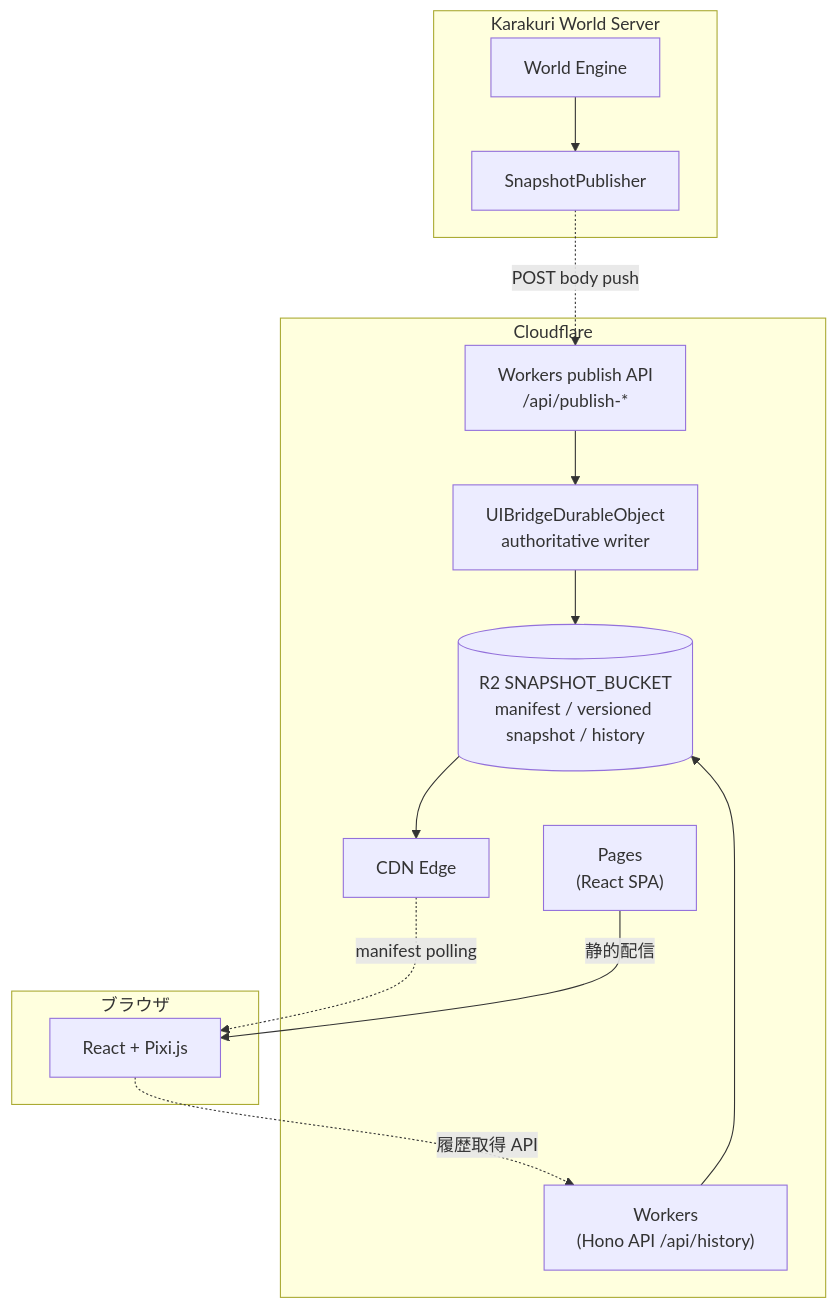
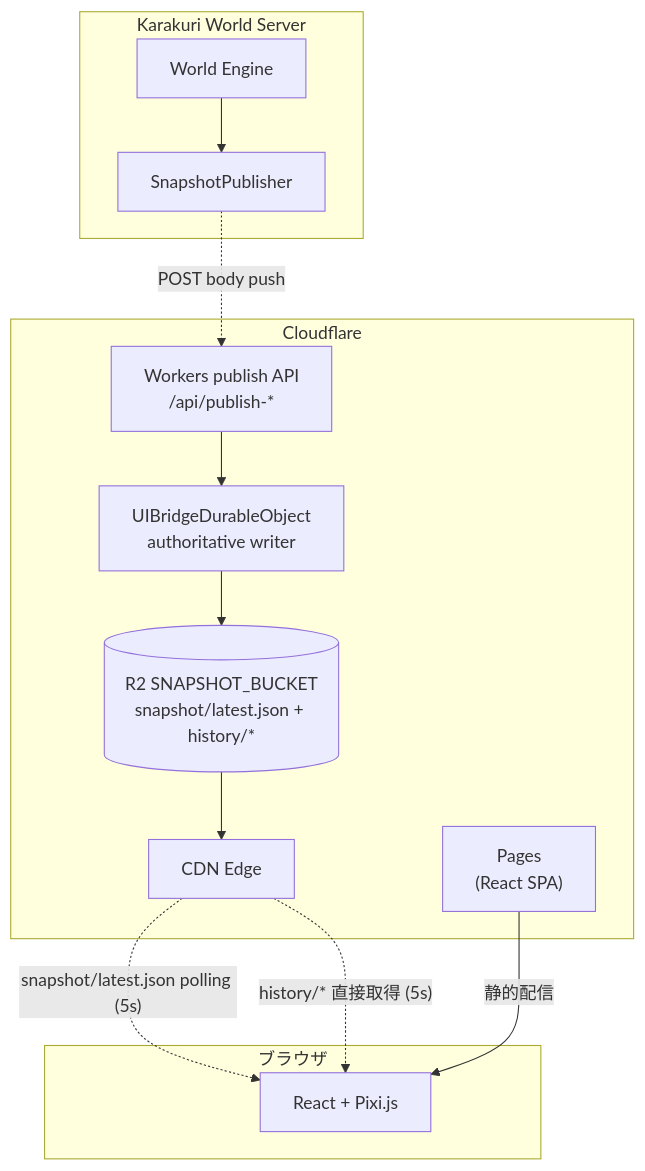
One commit to KarakuriAgent/karakuri-world changed the diagram in docs/design/ui-system.md. Above: the diagram before and after it, drawn with Mermaid. The commit also changed other lines of this file and 40 other files, not shown here.

First line of the commit message:
feat(spectator): snapshot を alias 一本化し history を R2 直配信に統一 (#66)

````diff
--- a/docs/design/ui-system.md
+++ b/docs/design/ui-system.md
@@ -33,31 +33,29 @@
 ```mermaid
 graph TB
     subgraph kw["Karakuri World Server"]
         engine["World Engine"]
         publisher["SnapshotPublisher"]
         engine --> publisher
     end
 
     subgraph cf["Cloudflare"]
         publishApi["Workers publish API<br/>/api/publish-*"]
         bridge["UIBridgeDurableObject<br/>authoritative writer"]
-        r2[("R2 SNAPSHOT_BUCKET<br/>manifest / versioned snapshot / history")]
+        r2[("R2 SNAPSHOT_BUCKET<br/>snapshot/latest.json + history/*")]
         edge["CDN Edge"]
-        workers["Workers<br/>(Hono API /api/history)"]
         pages["Pages<br/>(React SPA)"]
 
         publishApi --> bridge
         bridge --> r2
         r2 --> edge
-        workers --> r2
     end
 
     subgraph client["ブラウザ"]
         ui["React + Pixi.js"]
     end
 
     publisher -.->|"POST body push"| publishApi
-    edge -.->|"manifest polling"| ui
-    ui -.->|"履歴取得 API"| workers
+    edge -.->|"snapshot/latest.json polling (5s)"| ui
+    edge -.->|"history/* 直接取得 (5s)"| ui
     pages -->|"静的配信"| ui
 ```
````
